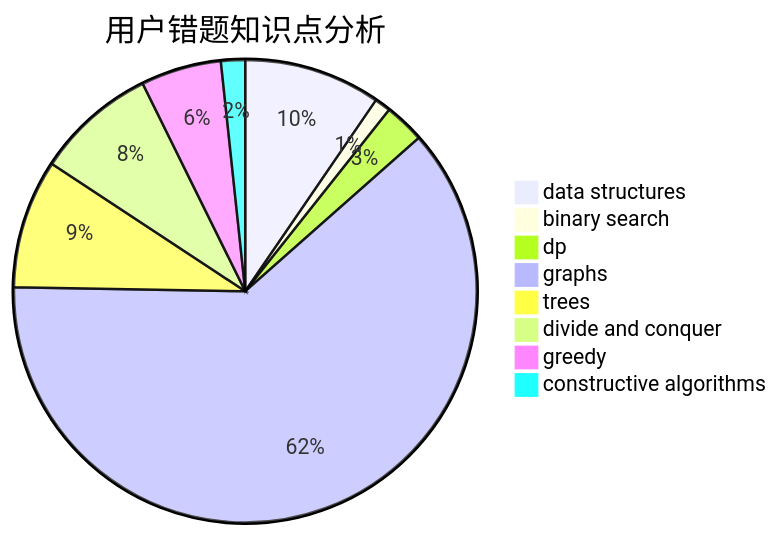
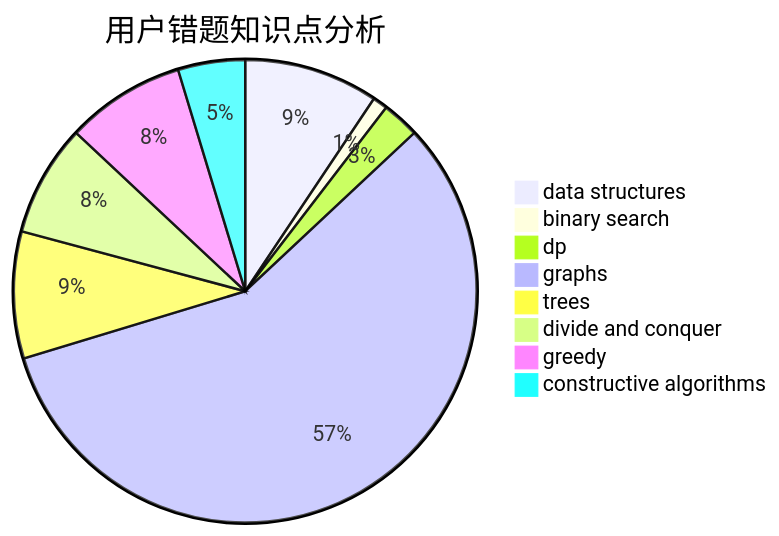
Before and after one commit to sherpahu/cfrs.github.io: the third of 3 diagrams in docs/user/u299.md, drawn with Mermaid. The commit also changed other lines of this file and 2770 other files, not shown here.

````diff
--- a/docs/user/u299.md
+++ b/docs/user/u299.md
@@ -36,11 +36,11 @@
 ```mermaid
 pie title 用户错题知识点分析
-    "data structures" :  17
+    "data structures" :  18
     "binary search" :  2
     "dp" :  5
     "graphs" :  110
-    "trees" :  16
+    "trees" :  17
     "divide and conquer" :  15
-    "greedy" :  10
-    "constructive algorithms" :  3
+    "greedy" :  16
+    "constructive algorithms" :  9
 ```
````
